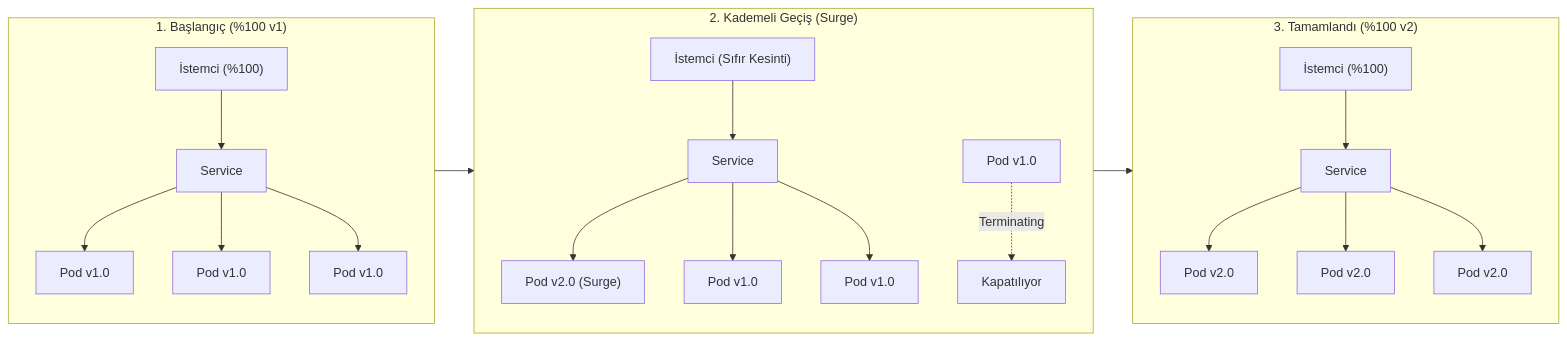
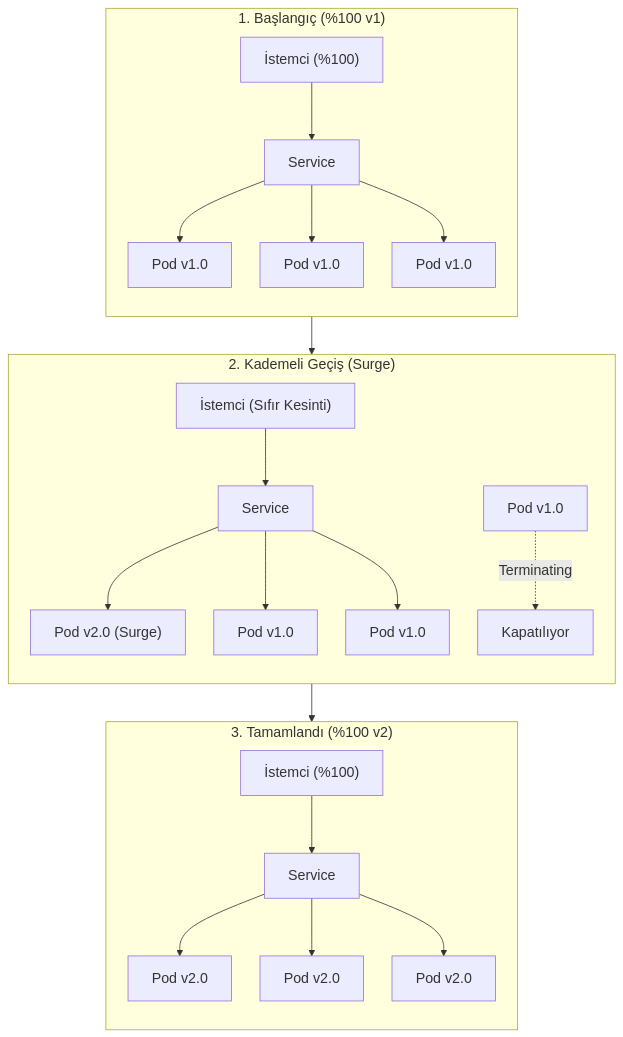
One commit to MTugce/k8s-labs changed the second of 4 diagrams in lab-08-deployment-strategies/README.md. Above: the diagram before and after it, drawn with Mermaid. The commit also changed other lines of this file, not shown here.

Commit message:
Keep Lab 8 Mermaid diagrams visible

````diff
--- a/lab-08-deployment-strategies/README.md
+++ b/lab-08-deployment-strategies/README.md
@@ -187,20 +182,23 @@
 ```mermaid
-flowchart LR
+%%{init: {'themeVariables': {'fontSize': '18px'}, 'flowchart': {'nodeSpacing': 36, 'rankSpacing': 48}}}%%
+flowchart TB
+  accTitle: RollingUpdate dağıtım aşamaları
+  accDescr: RollingUpdate sırasında eski ve yeni podların sıfır kesintiyle kademeli değişimini gösterir.
   subgraph R1["1. Başlangıç (%100 v1)"]
     direction TB
     CR1["İstemci (%100)"] --> SR1["Service"]
     SR1 --> PA["Pod v1.0"] & PB["Pod v1.0"] & PC["Pod v1.0"]
   end
   subgraph R2["2. Kademeli Geçiş (Surge)"]
     direction TB
     CR2["İstemci (Sıfır Kesinti)"] --> SR2["Service"]
     SR2 --> PN["Pod v2.0 (Surge)"] & PB2["Pod v1.0"] & PC2["Pod v1.0"]
     PA2["Pod v1.0"] -.->|Terminating| T["Kapatılıyor"]
   end
   subgraph R3["3. Tamamlandı (%100 v2)"]
     direction TB
     CR3["İstemci (%100)"] --> SR3["Service"]
     SR3 --> P2A["Pod v2.0"] & P2B["Pod v2.0"] & P2C["Pod v2.0"]
   end
   R1 --> R2 --> R3
 ```
````
